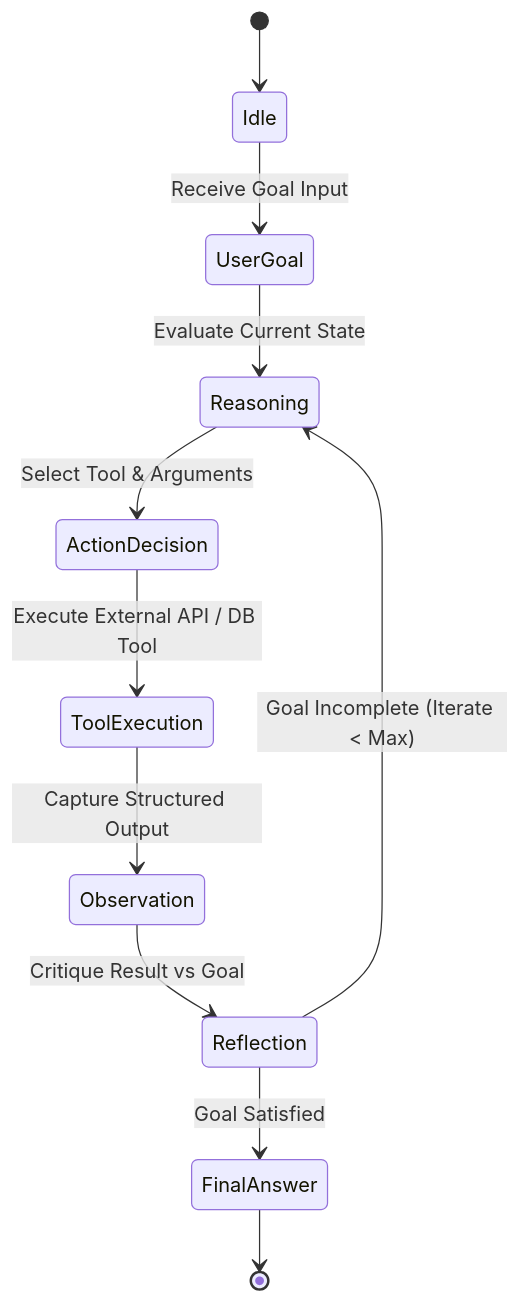
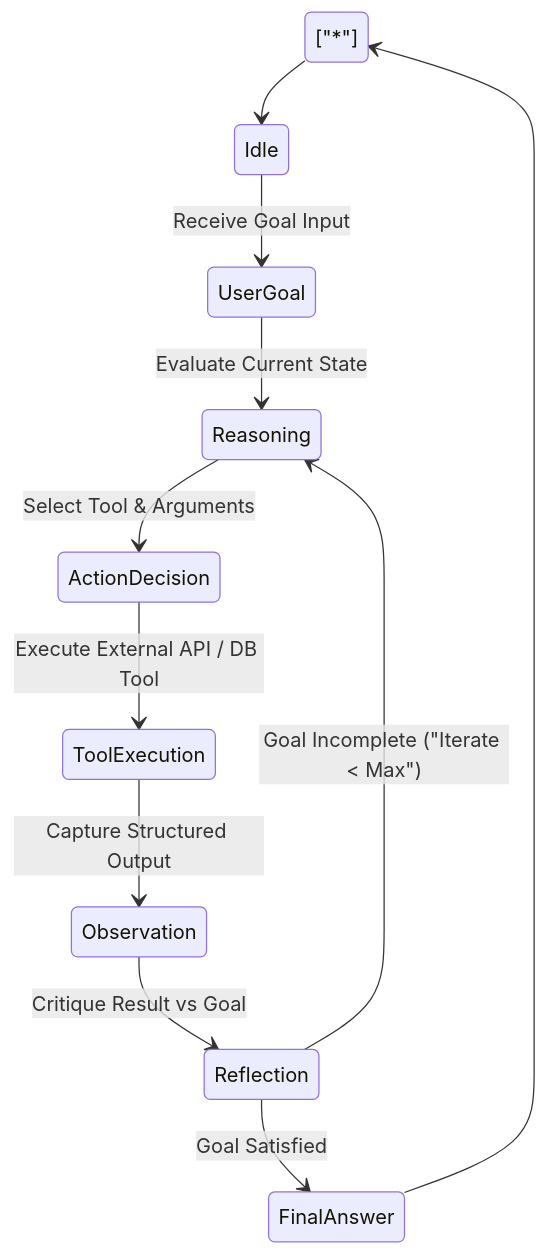
The diagram in content/series/ai-data-engineering-pipeline/part-6-rise-of-ai-agents.md (vesviet/vesviet), drawn with Mermaid before and after one commit. The commit also changed other lines of this file and 331 other files, not shown here.

````diff
--- a/content/series/ai-data-engineering-pipeline/part-6-rise-of-ai-agents.md
+++ b/content/series/ai-data-engineering-pipeline/part-6-rise-of-ai-agents.md
@@ -47,15 +50,15 @@
 ```mermaid
 stateDiagram-v2
-    [*] --> Idle
+    ["*"] --> Idle
     Idle --> UserGoal: Receive Goal Input
     UserGoal --> Reasoning: Evaluate Current State
     Reasoning --> ActionDecision: Select Tool & Arguments
     
     ActionDecision --> ToolExecution: Execute External API / DB Tool
     ToolExecution --> Observation: Capture Structured Output
     
     Observation --> Reflection: Critique Result vs Goal
-    Reflection --> Reasoning: Goal Incomplete (Iterate < Max)
+    Reflection --> Reasoning: Goal Incomplete ("Iterate < Max")
     Reflection --> FinalAnswer: Goal Satisfied
-    FinalAnswer --> [*]
+    FinalAnswer --> ["*"]
 ```
````
